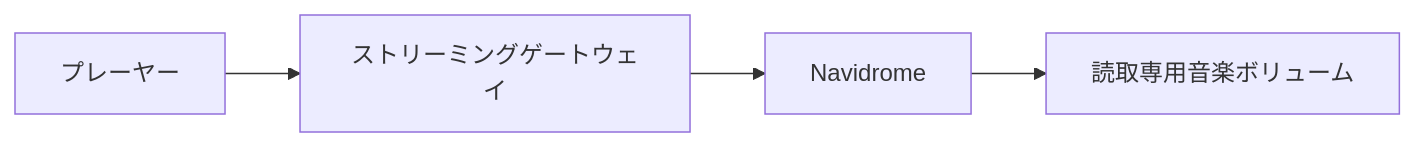
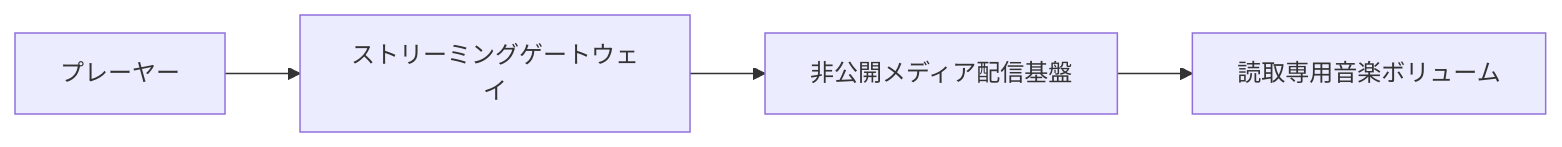
One commit to ShigeichiroYamasaki/creator-first-platform changed the sixth of 47 diagrams in docs/whitepaper/12-infrastructure-cost.md. Above: the diagram before and after it, drawn with Mermaid. The commit also changed other lines of this file and 42 other files, not shown here.

Commit message:
Design production service architecture

````diff
--- a/docs/whitepaper/12-infrastructure-cost.md
+++ b/docs/whitepaper/12-infrastructure-cost.md
@@ -224,9 +224,9 @@
 ```mermaid
 flowchart LR
     PLAYER[プレーヤー]
     GATEWAY[ストリーミングゲートウェイ]
-    NAVI[Navidrome]
+    MEDIA[非公開メディア配信基盤]
     VOLUME[読取専用音楽ボリューム]
 
-    PLAYER --> GATEWAY --> NAVI --> VOLUME
+    PLAYER --> GATEWAY --> MEDIA --> VOLUME
 ```
````
